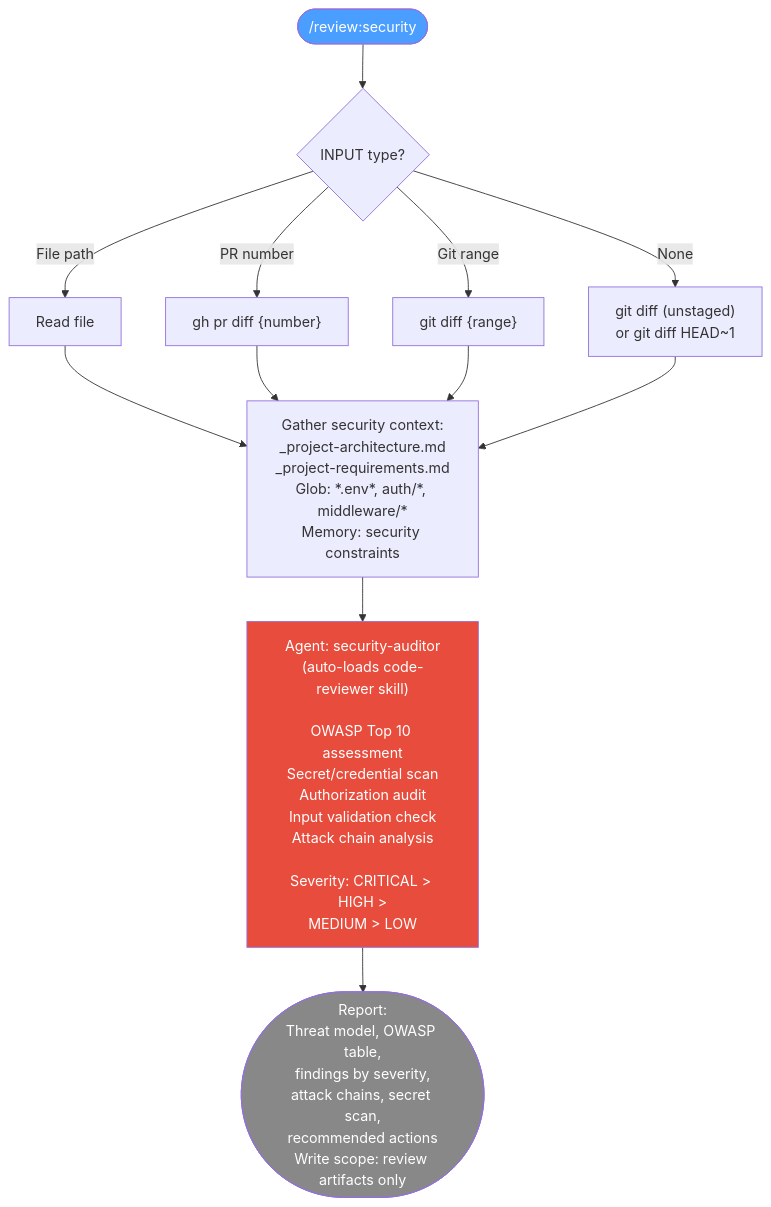
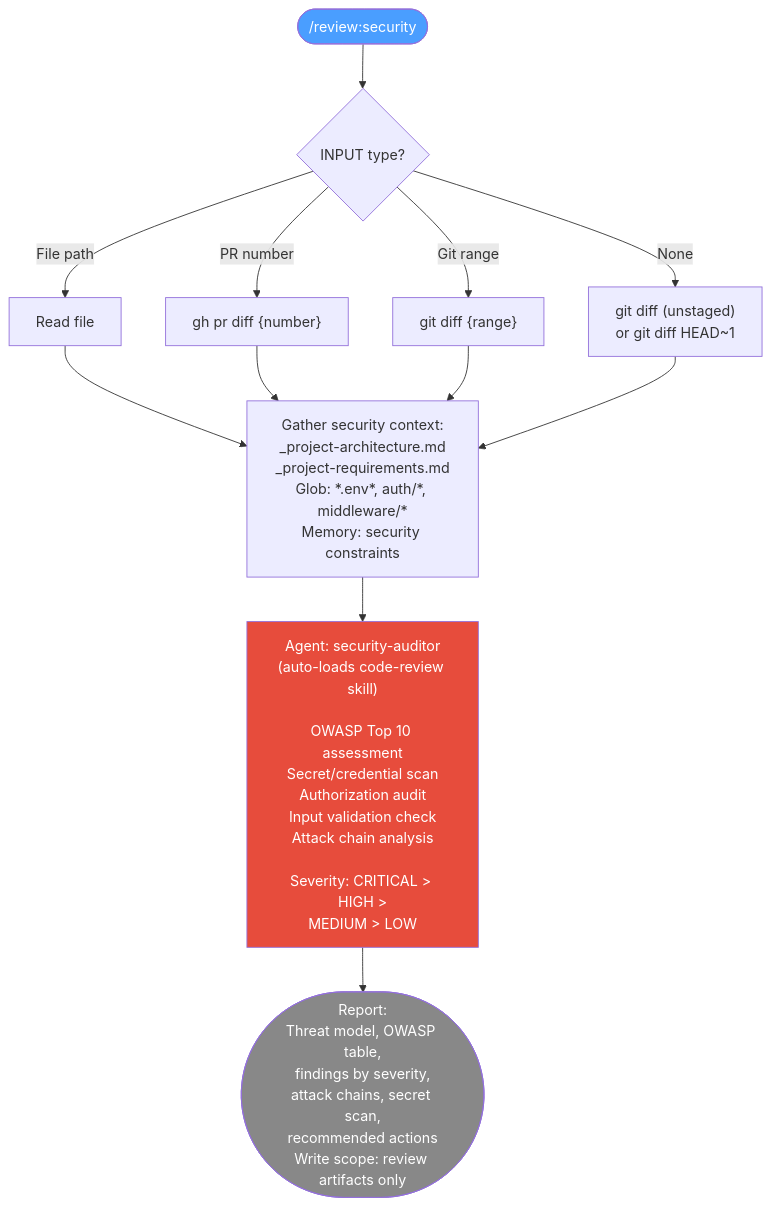
Diagram 21 of 36 in docs/reference/commands.md (Domdhi/Agents.Domdhi), drawn with Mermaid before and after one commit. The commit also changed other lines of this file and 102 other files, not shown here.

````diff
--- a/docs/reference/commands.md
+++ b/docs/reference/commands.md
@@ -1023,23 +1023,23 @@
 ```mermaid
 flowchart TD
     START(["/review:security"]) --> SCOPE{INPUT type?}
     SCOPE -->|File path| READ_FILE[Read file]
     SCOPE -->|PR number| PR_DIFF["gh pr diff {number}"]
     SCOPE -->|Git range| GIT_DIFF["git diff {range}"]
     SCOPE -->|None| AUTO["git diff (unstaged)\nor git diff HEAD~1"]
 
     READ_FILE --> CTX
     PR_DIFF --> CTX
     GIT_DIFF --> CTX
     AUTO --> CTX
 
     CTX["Gather security context:\n_project-architecture.md\n_project-requirements.md\nGlob: *.env*, auth/*, middleware/*\nMemory: security constraints"]
 
-    CTX --> DELEGATE["Agent: security-auditor\n(auto-loads code-reviewer skill)\n\nOWASP Top 10 assessment\nSecret/credential scan\nAuthorization audit\nInput validation check\nAttack chain analysis\n\nSeverity: CRITICAL > HIGH >\nMEDIUM > LOW"]
+    CTX --> DELEGATE["Agent: security-auditor\n(auto-loads code-review skill)\n\nOWASP Top 10 assessment\nSecret/credential scan\nAuthorization audit\nInput validation check\nAttack chain analysis\n\nSeverity: CRITICAL > HIGH >\nMEDIUM > LOW"]
 
     DELEGATE --> REPORT(["Report:\nThreat model, OWASP table,\nfindings by severity,\nattack chains, secret scan,\nrecommended actions\nWrite scope: review artifacts only"])
 
     style START fill:#4a9eff,color:#fff
     style DELEGATE fill:#e74c3c,color:#fff
     style REPORT fill:#888,color:#fff
 ```
````
